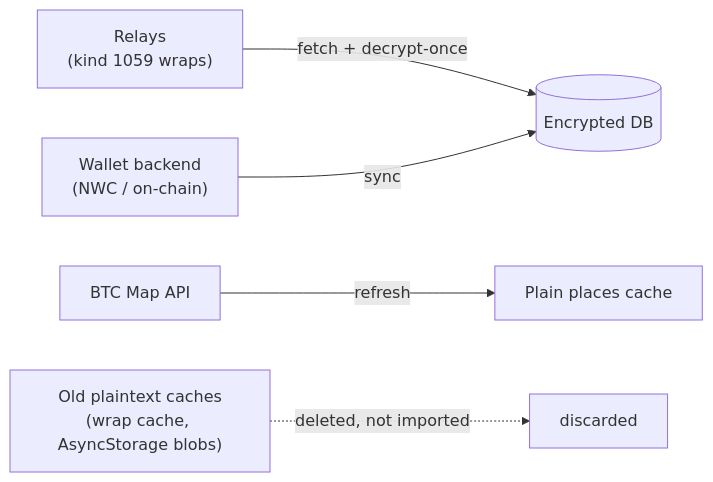
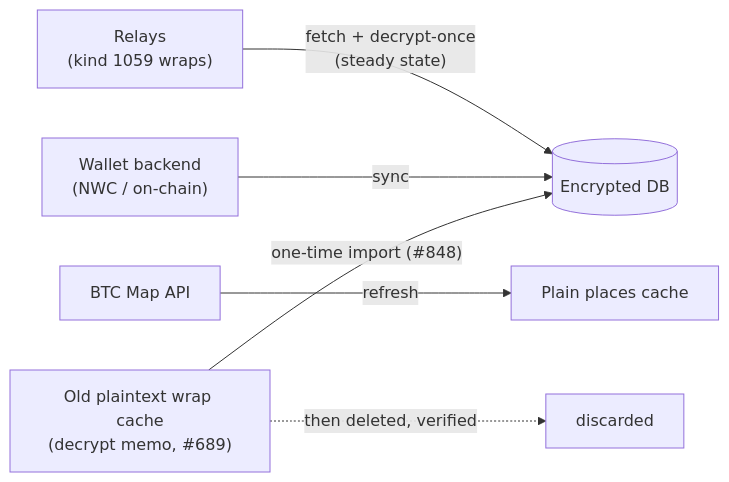
One commit to BenGWeeks/lightning-piggy-mobile changed the third of 3 diagrams in docs/DATA_STORAGE.adoc. Above: the diagram before and after it, drawn with Mermaid. The commit also changed other lines of this file and 23 other files, not shown here.

```diff
--- a/docs/DATA_STORAGE.adoc
+++ b/docs/DATA_STORAGE.adoc
@@ -262,8 +290,9 @@
 [mermaid]
 ....
 flowchart LR
-    R["Relays<br/>(kind 1059 wraps)"] -->|"fetch + decrypt-once"| DB[("Encrypted DB")]
+    R["Relays<br/>(kind 1059 wraps)"] -->|"fetch + decrypt-once<br/>(steady state)"| DB[("Encrypted DB")]
     W["Wallet backend<br/>(NWC / on-chain)"] -->|"sync"| DB
     BM["BTC Map API"] -->|"refresh"| PC["Plain places cache"]
-    OLD["Old plaintext caches<br/>(wrap cache, AsyncStorage blobs)"] -.->|"deleted, not imported"| X["discarded"]
+    OLD["Old plaintext wrap cache<br/>(decrypt memo, #689)"] -->|"one-time import (#848)"| DB
+    OLD -.->|"then deleted, verified"| X["discarded"]
 ....
```
